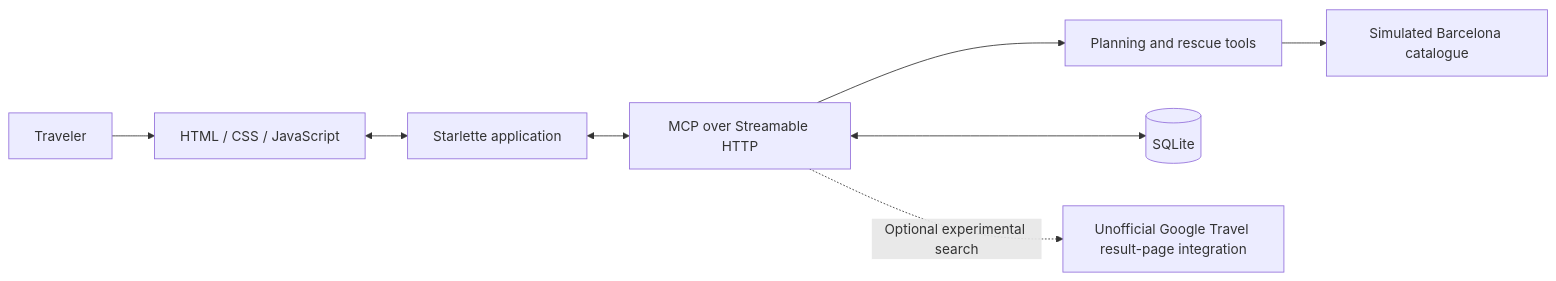
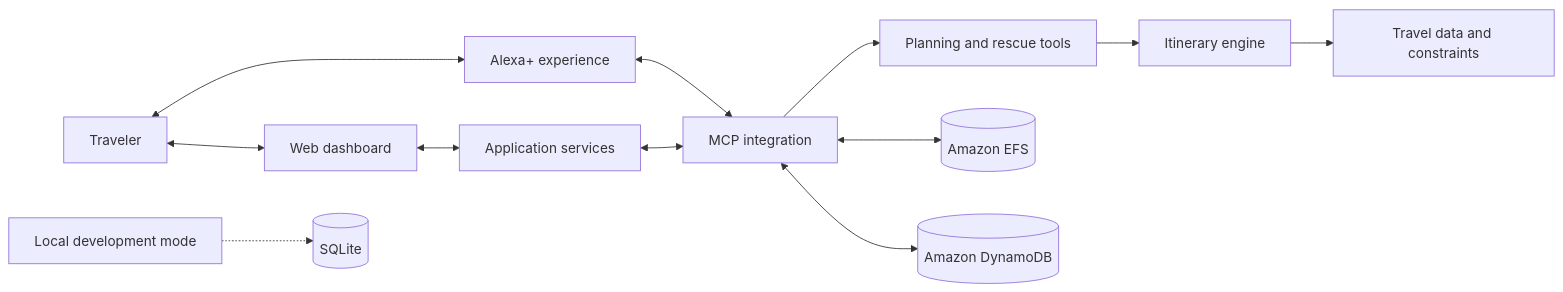
One commit to ManyaValecha/roamready-ai changed the second of 2 diagrams in README.md. Above: the diagram before and after it, drawn with Mermaid. The commit also changed other lines of this file, not shown here.

````diff
--- a/README.md
+++ b/README.md
@@ -143,10 +172,14 @@
 ```mermaid
 flowchart LR
-    U["Traveler"] --> UI["HTML / CSS / JavaScript"]
-    UI <--> WEB["Starlette application"]
-    WEB <--> MCP["MCP over Streamable HTTP"]
-    MCP --> TOOLS["Planning and rescue tools"]
-    TOOLS --> DATA["Simulated Barcelona catalogue"]
-    MCP <--> DB[("SQLite")]
-    MCP -. "Optional experimental search" .-> EXT["Unofficial Google Travel result-page integration"]
+    U["Traveler"] <--> A["Alexa+ experience"]
+    U <--> UI["Web dashboard"]
+    A <--> MCP["MCP integration"]
+    UI <--> WEB["Application services"]
+    WEB <--> MCP
+    MCP --> T["Planning and rescue tools"]
+    T --> P["Itinerary engine"]
+    P --> C["Travel data and constraints"]
+    MCP <--> EFS[("Amazon EFS")]
+    MCP <--> DDB[("Amazon DynamoDB")]
+    DEV["Local development mode"] -.-> SQLITE[("SQLite")]
 ```
````
